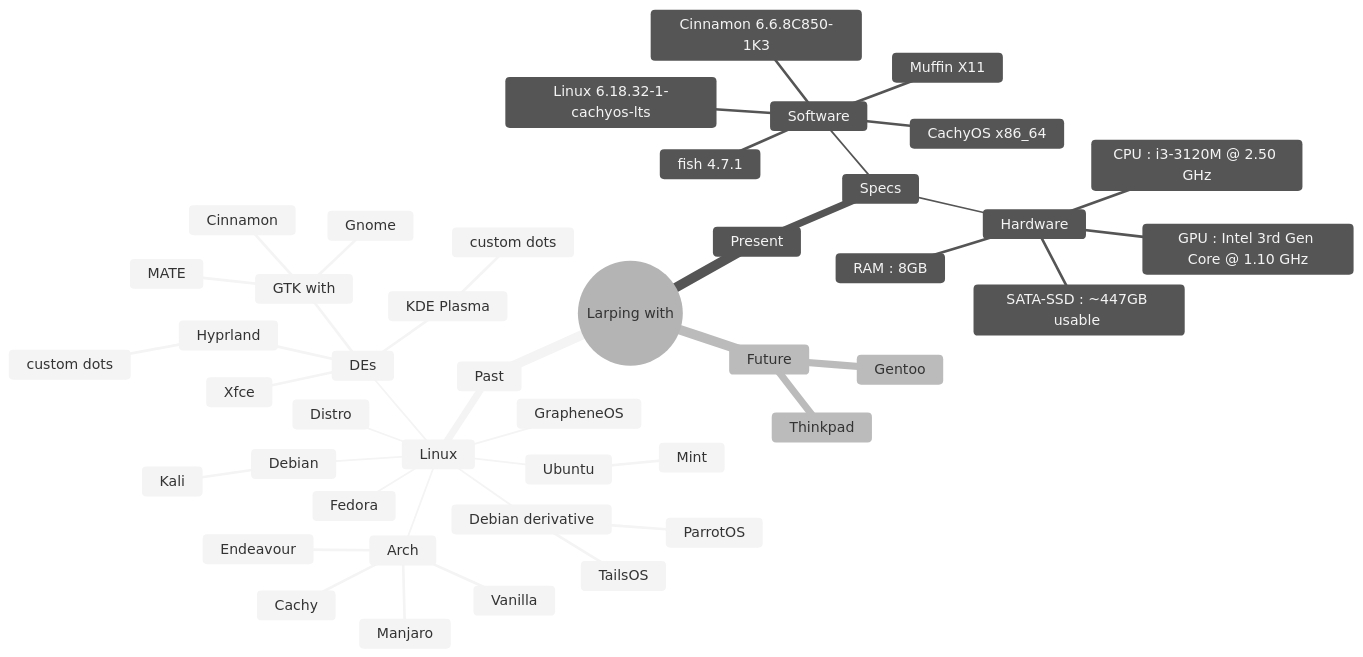
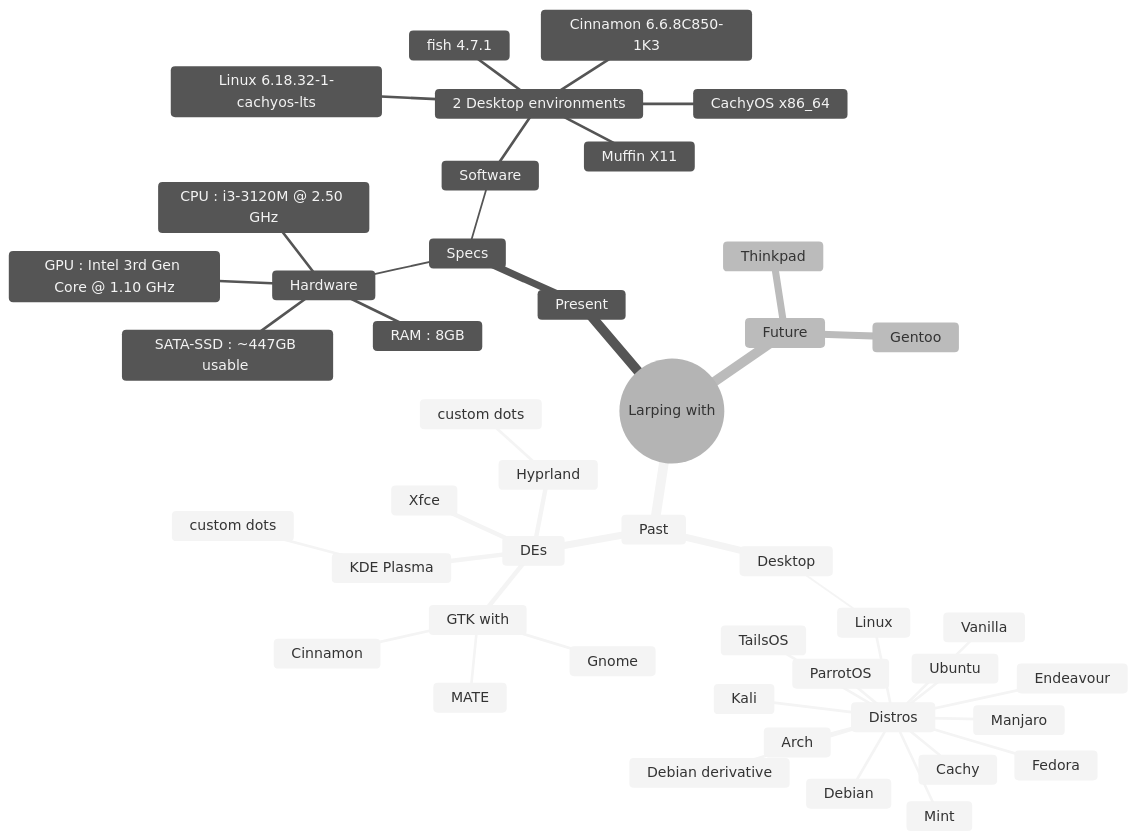
The diagram in README.md (Chintanpatel24/Chintanpatel24), drawn with Mermaid (neutral theme) before and after one commit.

````diff
--- a/README.md
+++ b/README.md
@@ -4,48 +4,51 @@
 ```mermaid
+
 mindmap
 root((Larping with))
  Past
-   Linux
-    GrapheneOS
-    Distro
-    Arch
+   Desktop
+	   Linux
+	    Distros
+		    Arch
       Endeavour
       Vanilla
       Cachy
       Manjaro
-    Debian
+		    Debian
       Kali
-    Ubuntu
+		    Ubuntu
       Mint
-    Fedora
-    Debian derivative
+		    Fedora
+		    Debian derivative
       ParrotOS
       TailsOS
-    DEs
+		DEs
       Xfce
       KDE Plasma
-       custom dots
+        custom dots
       Hyprland
-       custom dots
+        custom dots
       GTK with
-       Cinnamon
-       Gnome
-       MATE
+        Cinnamon
+        Gnome
+        MATE
  Present
    Specs
     Hardware     
       GPU : Intel 3rd Gen Core @ 1.10 GHz
       CPU : i3-3120M @ 2.50 GHz
       RAM : 8GB
       SATA-SSD : ~447GB usable 
     Software
+	    2 Desktop environments
+		    
       CachyOS x86_64
       Muffin X11
       Cinnamon 6.6.8C850-1K3
       fish 4.7.1
       Linux 6.18.32-1-cachyos-lts
  Future
   Thinkpad
   Gentoo
 
 ```
````
